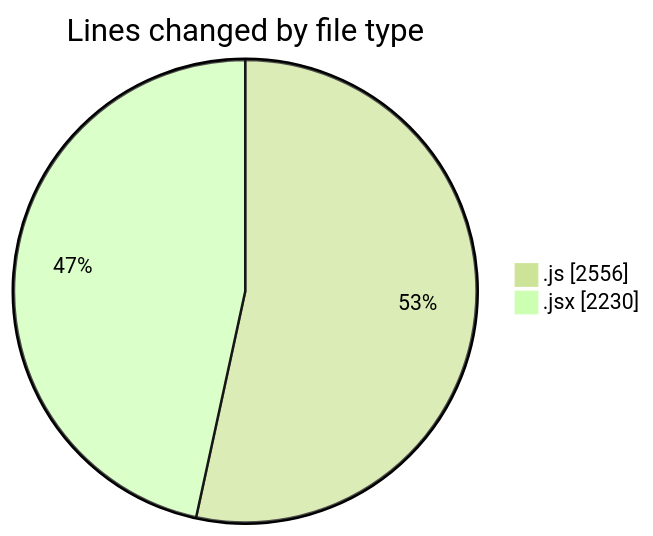
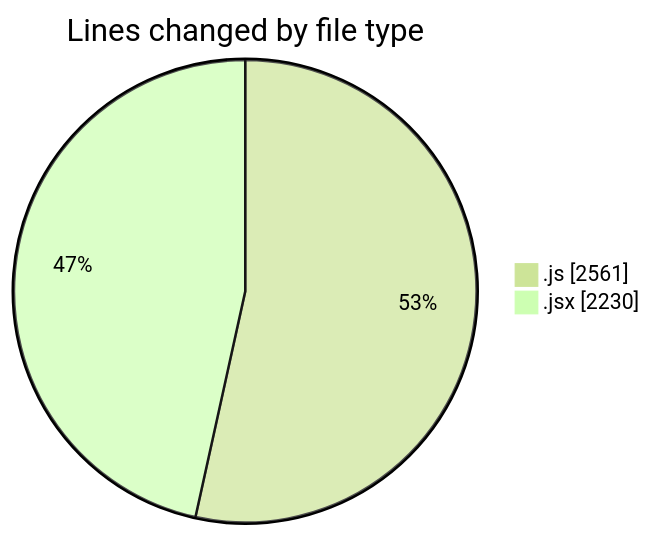
One commit to nxtqubesakshisongat/code-tracking changed the first of 2 diagrams in 2025-08-28/nxtqube_webapp/README.md. Above: the diagram before and after it, drawn with Mermaid (forest theme). The commit also changed other lines of this file and 1 other file, not shown here.

````diff
--- a/2025-08-28/nxtqube_webapp/README.md
+++ b/2025-08-28/nxtqube_webapp/README.md
@@ -25,6 +25,6 @@
 ```mermaid
 pie showData
 title Lines changed by file type
-".js" : 2556
+".js" : 2561
 ".jsx" : 2230
 ```
````
